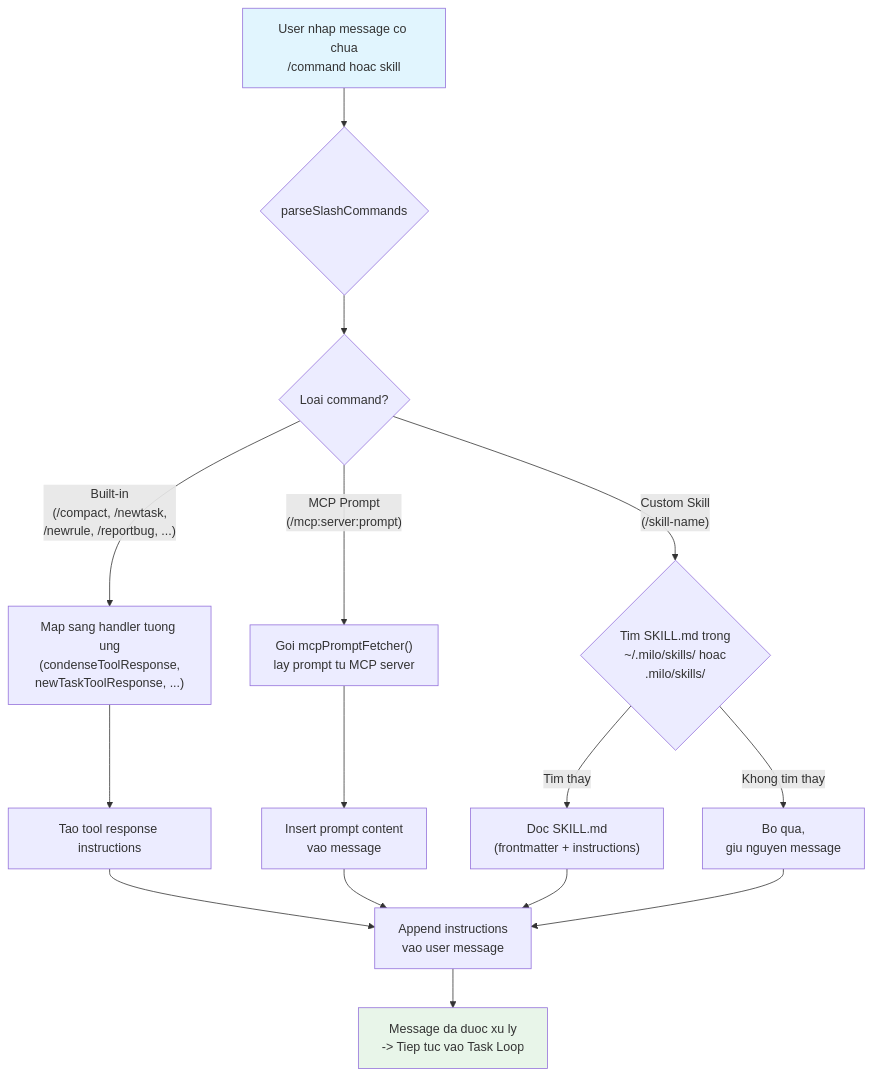
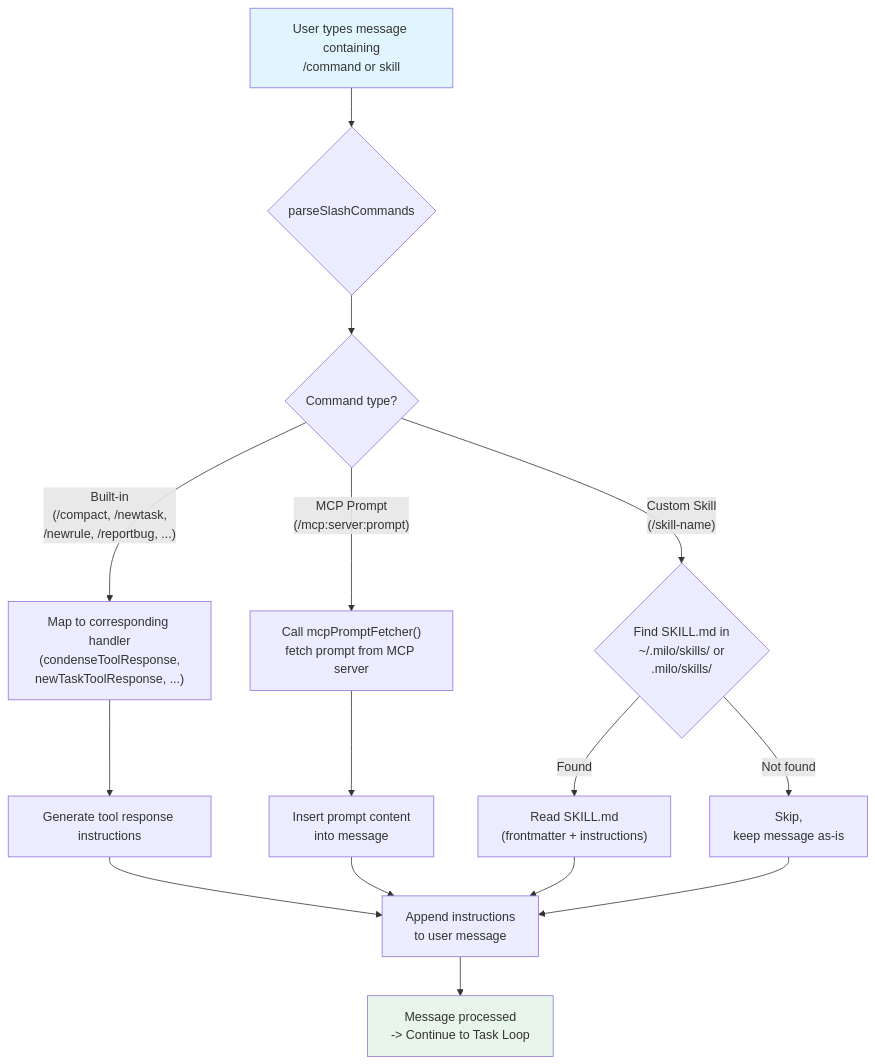
Before and after one commit to TungND2k2/Milo-ai: the third of 6 diagrams in README.md, drawn with Mermaid. The commit also changed other lines of this file and 1 other file, not shown here.

````diff
--- a/README.md
+++ b/README.md
@@ -162,25 +162,25 @@
 ```mermaid
 flowchart TD
-    A["User nhap message co chua<br/>/command hoac skill"] --> B{parseSlashCommands}
+    A["User types message containing<br/>/command or skill"] --> B{parseSlashCommands}
 
-    B --> C{"Loai command?"}
+    B --> C{"Command type?"}
 
-    C -->|"Built-in<br/>(/compact, /newtask,<br/>/newrule, /reportbug, ...)"| D["Map sang handler tuong ung<br/>(condenseToolResponse,<br/>newTaskToolResponse, ...)"]
-    D --> E["Tao tool response instructions"]
+    C -->|"Built-in<br/>(/compact, /newtask,<br/>/newrule, /reportbug, ...)"| D["Map to corresponding handler<br/>(condenseToolResponse,<br/>newTaskToolResponse, ...)"]
+    D --> E["Generate tool response instructions"]
     E --> J
 
-    C -->|"MCP Prompt<br/>(/mcp:server:prompt)"| F["Goi mcpPromptFetcher()<br/>lay prompt tu MCP server"]
-    F --> G["Insert prompt content<br/>vao message"]
+    C -->|"MCP Prompt<br/>(/mcp:server:prompt)"| F["Call mcpPromptFetcher()<br/>fetch prompt from MCP server"]
+    F --> G["Insert prompt content<br/>into message"]
     G --> J
 
-    C -->|"Custom Skill<br/>(/skill-name)"| H{"Tim SKILL.md trong<br/>~/.milo/skills/ hoac<br/>.milo/skills/"}
-    H -->|"Tim thay"| I["Doc SKILL.md<br/>(frontmatter + instructions)"]
-    I --> J["Append instructions<br/>vao user message"]
-    H -->|"Khong tim thay"| K["Bo qua,<br/>giu nguyen message"]
+    C -->|"Custom Skill<br/>(/skill-name)"| H{"Find SKILL.md in<br/>~/.milo/skills/ or<br/>.milo/skills/"}
+    H -->|"Found"| I["Read SKILL.md<br/>(frontmatter + instructions)"]
+    I --> J["Append instructions<br/>to user message"]
+    H -->|"Not found"| K["Skip,<br/>keep message as-is"]
     K --> J
 
-    J --> L["Message da duoc xu ly<br/>-> Tiep tuc vao Task Loop"]
+    J --> L["Message processed<br/>-> Continue to Task Loop"]
 
     style A fill:#e1f5fe
     style L fill:#e8f5e9
 ```
````
